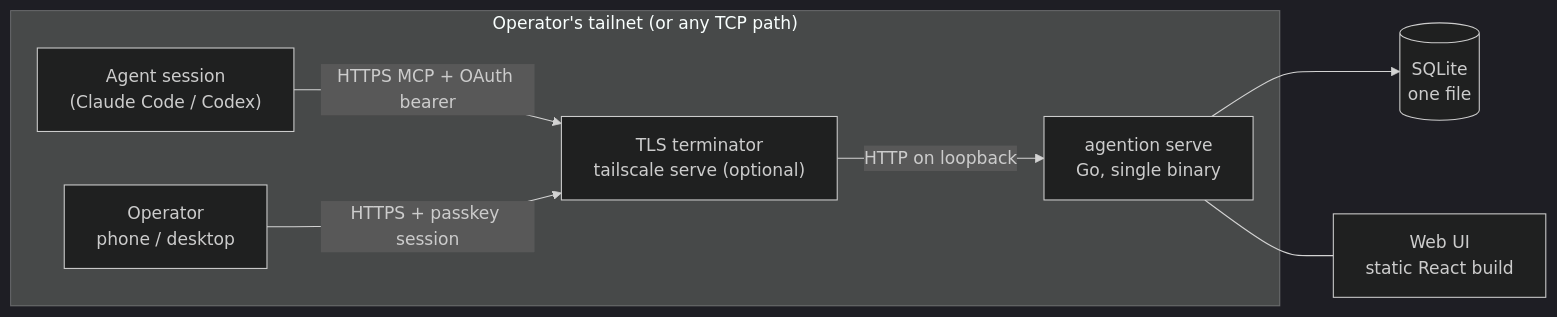
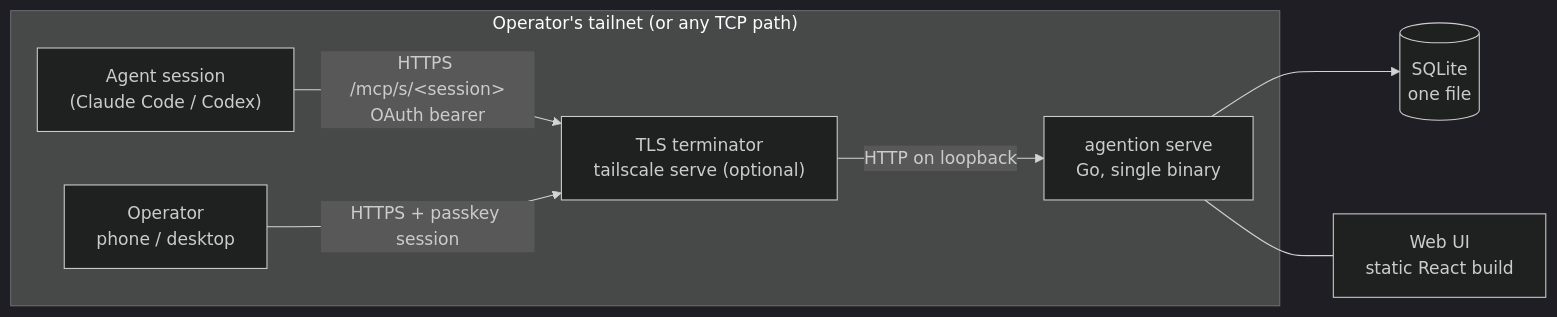
Before and after one commit to WayfarerLabs/agention: the first of 2 diagrams in docs/sdd/2026-10-25-agention-v1/hla.md, drawn with Mermaid (dark theme). The commit also changed other lines of this file and 2 other files, not shown here.

````diff
--- a/docs/sdd/2026-10-25-agention-v1/hla.md
+++ b/docs/sdd/2026-10-25-agention-v1/hla.md
@@ -11,10 +11,10 @@
 ```mermaid
 flowchart LR
-  subgraph Tailnet["Operator's tailnet (or any TCP path)"]
-    A["Agent session<br/>(Claude Code / Codex)"] -->|HTTPS MCP + OAuth bearer| P
+  subgraph Net["Operator's tailnet (or any TCP path)"]
+    A["Agent session<br/>(Claude Code / Codex)"] -->|"HTTPS /mcp/s/&lt;session&gt;<br/>OAuth bearer"| P
     H["Operator<br/>phone / desktop"] -->|HTTPS + passkey session| P
     P["TLS terminator<br/>tailscale serve (optional)"] -->|HTTP on loopback| S
   end
   S["agention serve<br/>Go, single binary"] --> D[("SQLite<br/>one file")]
   S --- W["Web UI<br/>static React build"]
 ```
````
